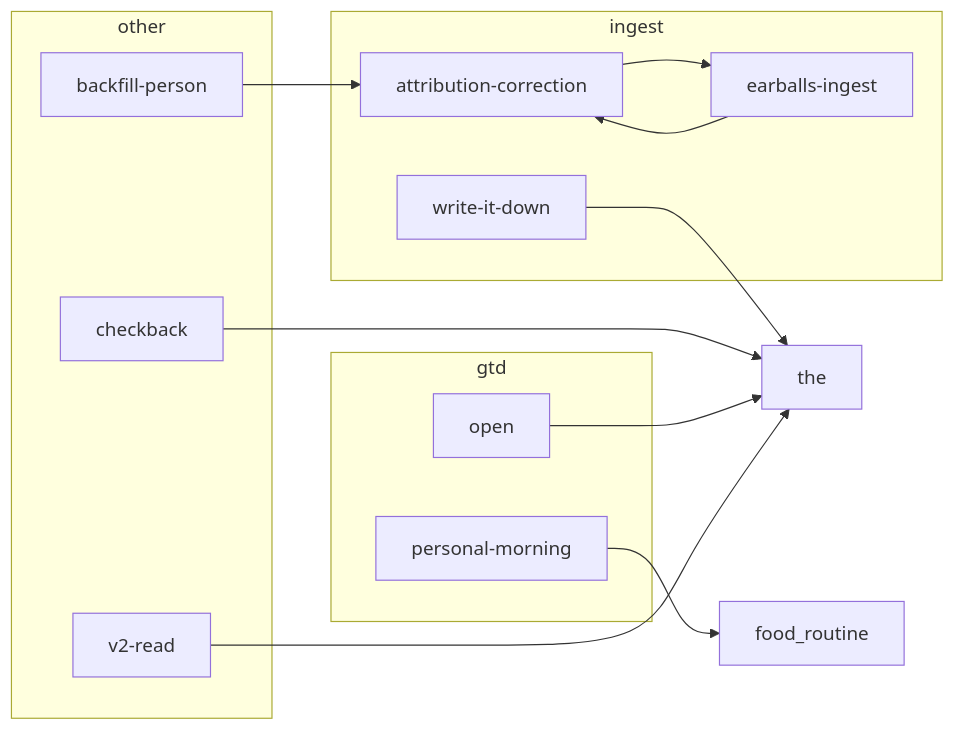
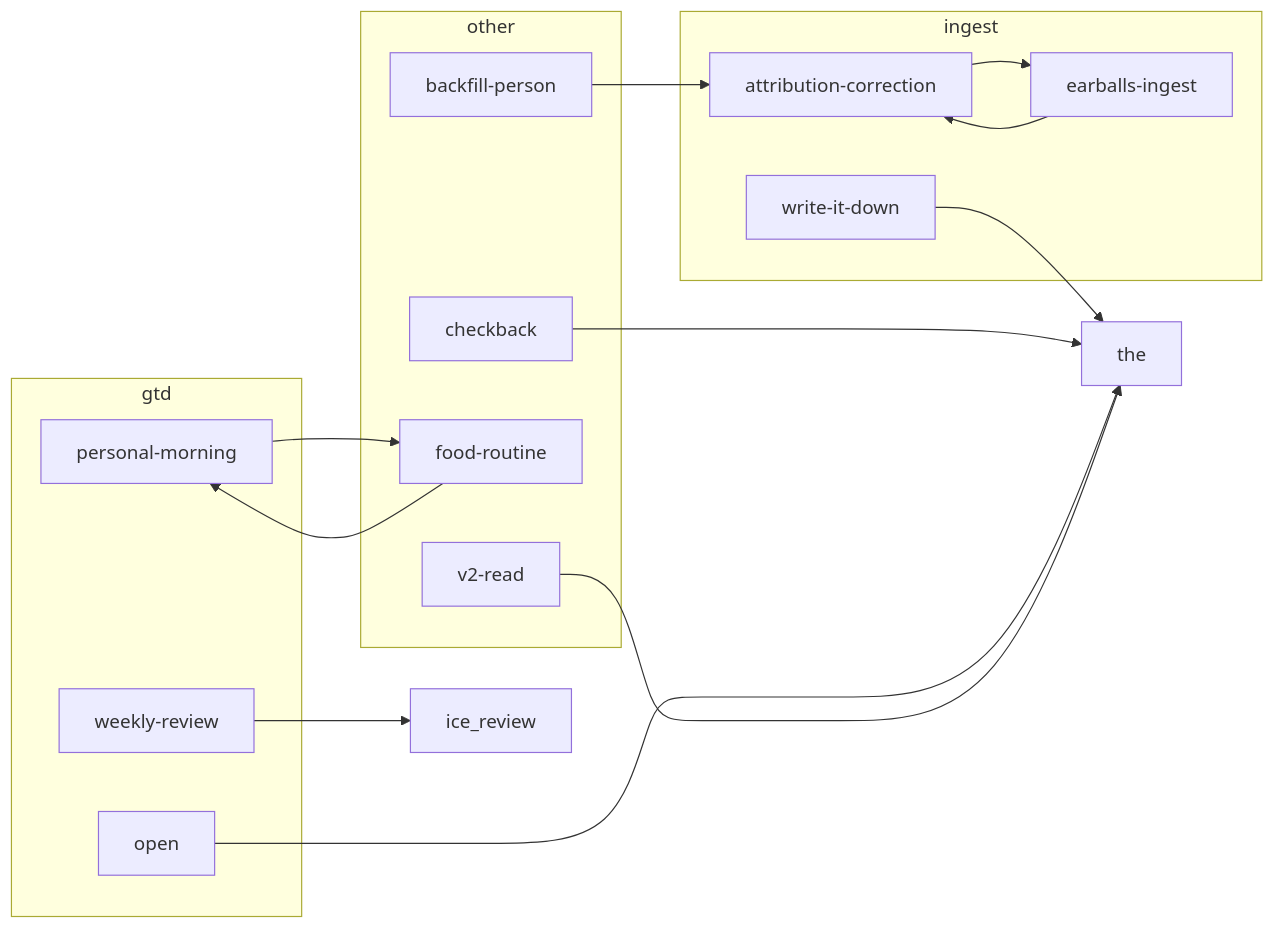
One commit to gordonium/sancho changed the third of 4 diagrams in MAP.md. Above: the diagram before and after it, drawn with Mermaid. The commit also changed other lines of this file and 257 other files, not shown here.

````diff
--- a/MAP.md
+++ b/MAP.md
@@ -64,25 +64,29 @@
 ```mermaid
 flowchart LR
   subgraph gtd
     open[open]
     personal_morning[personal-morning]
+    weekly_review[weekly-review]
   end
   subgraph ingest
     attribution_correction[attribution-correction]
     earballs_ingest[earballs-ingest]
     write_it_down[write-it-down]
   end
   subgraph other
     backfill_person[backfill-person]
     checkback[checkback]
+    food_routine[food-routine]
     v2_read[v2-read]
   end
   attribution_correction --> earballs_ingest
   backfill_person --> attribution_correction
   checkback --> the
   earballs_ingest --> attribution_correction
+  food_routine --> personal_morning
   open --> the
   personal_morning --> food_routine
   v2_read --> the
+  weekly_review --> ice_review
   write_it_down --> the
 ```
````
